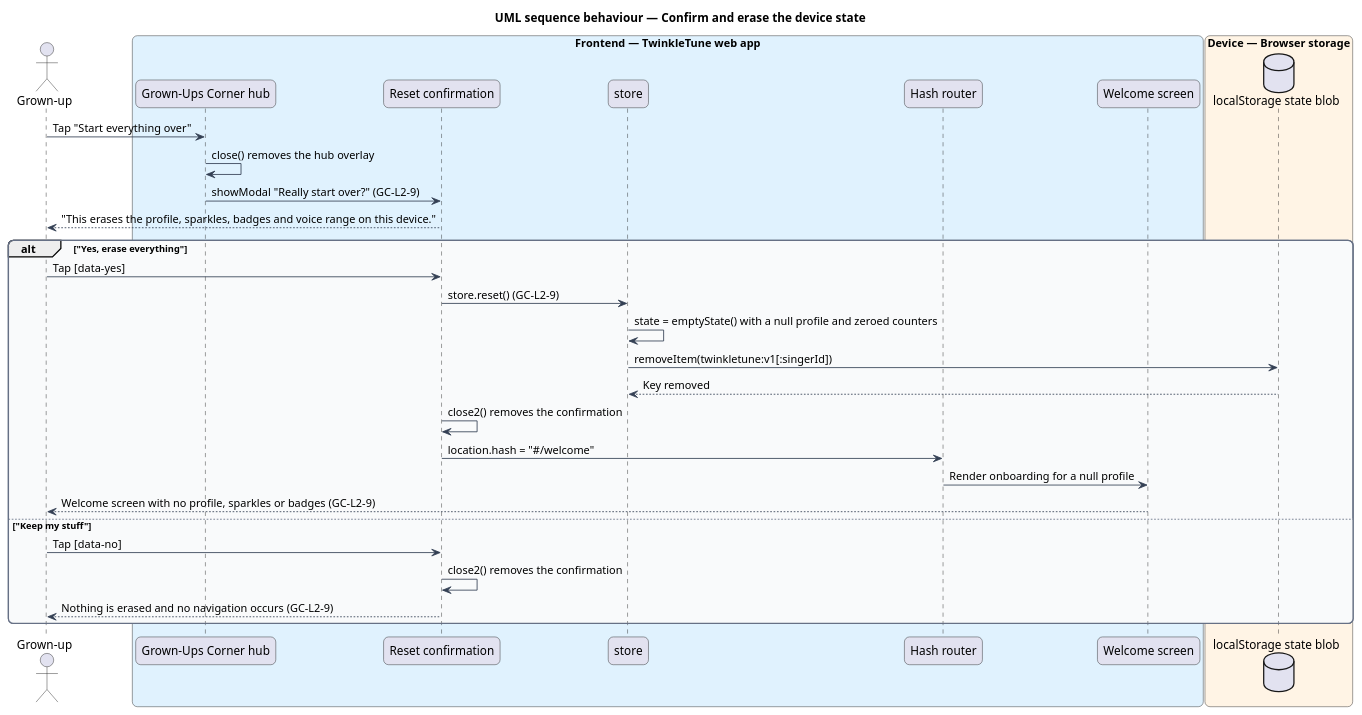
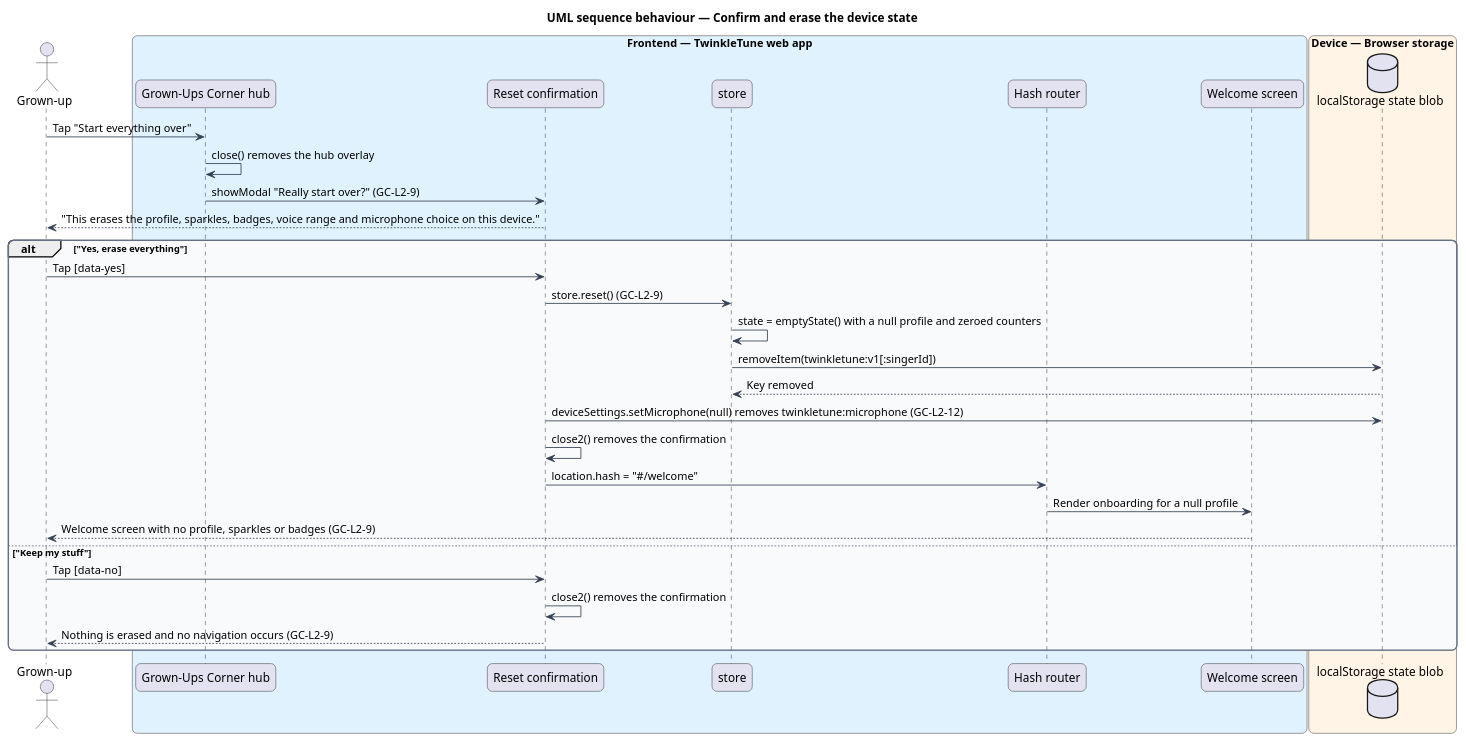
Before and after one commit to QuinntyneBrown/TwinkleTune: the diagram in docs/detailed-designs/grown-ups-corner/reset-the-device/diagrams/sequence-confirm-and-erase.puml, drawn with PlantUML. The commit also changed 35 other files, not shown here.

First line of the commit message:
Design the microphone choice and the headphone tip

```diff
--- a/docs/detailed-designs/grown-ups-corner/reset-the-device/diagrams/sequence-confirm-and-erase.puml
+++ b/docs/detailed-designs/grown-ups-corner/reset-the-device/diagrams/sequence-confirm-and-erase.puml
@@ -1,49 +1,50 @@
 @startuml
 title UML sequence behaviour — Confirm and erase the device state
 skinparam backgroundColor #FFFFFF
 skinparam shadowing false
 skinparam roundcorner 12
 skinparam defaultFontName Arial
 skinparam ArrowColor #344054
 skinparam rectangle {
   BorderColor #344054
   FontColor #101828
 }
 skinparam package {
   BorderColor #667085
   FontColor #101828
   BackgroundColor #F9FAFB
 }
 actor "Grown-up" as actor
 box "Frontend — TwinkleTune web app" #E0F2FE
   participant "Grown-Ups Corner hub" as hub
   participant "Reset confirmation" as confirm
   participant "store" as store
   participant "Hash router" as router
   participant "Welcome screen" as welcome
 end box
 box "Device — Browser storage" #FFF4E5
   database "localStorage state blob" as local
 end box
 
 actor -> hub : Tap "Start everything over"
 hub -> hub : close() removes the hub overlay
 hub -> confirm : showModal "Really start over?" (GC-L2-9)
-confirm --> actor : "This erases the profile, sparkles, badges and voice range on this device."
+confirm --> actor : "This erases the profile, sparkles, badges, voice range and microphone choice on this device."
 
 alt "Yes, erase everything"
   actor -> confirm : Tap [data-yes]
   confirm -> store : store.reset() (GC-L2-9)
   store -> store : state = emptyState() with a null profile and zeroed counters
   store -> local : removeItem(twinkletune:v1[:singerId])
   local --> store : Key removed
+  confirm -> local : deviceSettings.setMicrophone(null) removes twinkletune:microphone (GC-L2-12)
   confirm -> confirm : close2() removes the confirmation
   confirm -> router : location.hash = "#/welcome"
   router -> welcome : Render onboarding for a null profile
   welcome --> actor : Welcome screen with no profile, sparkles or badges (GC-L2-9)
 else "Keep my stuff"
   actor -> confirm : Tap [data-no]
   confirm -> confirm : close2() removes the confirmation
   confirm --> actor : Nothing is erased and no navigation occurs (GC-L2-9)
 end
 @enduml
```
